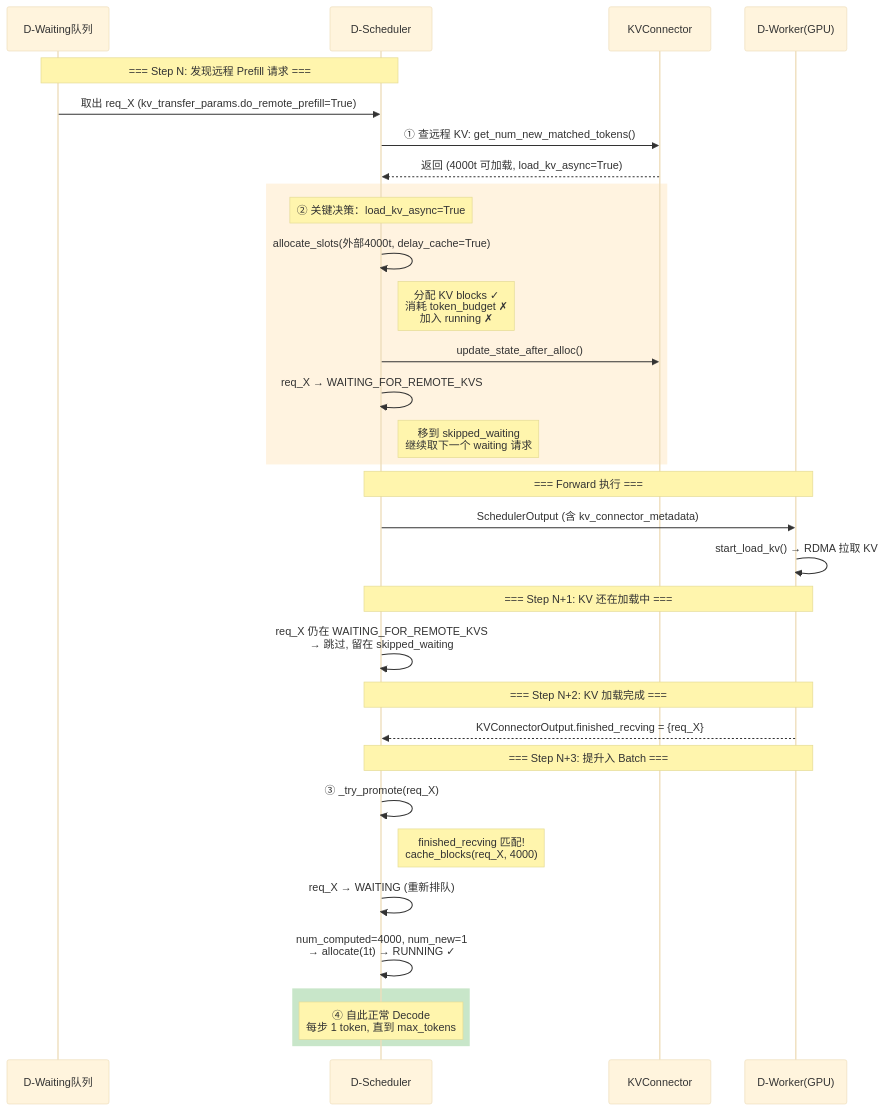
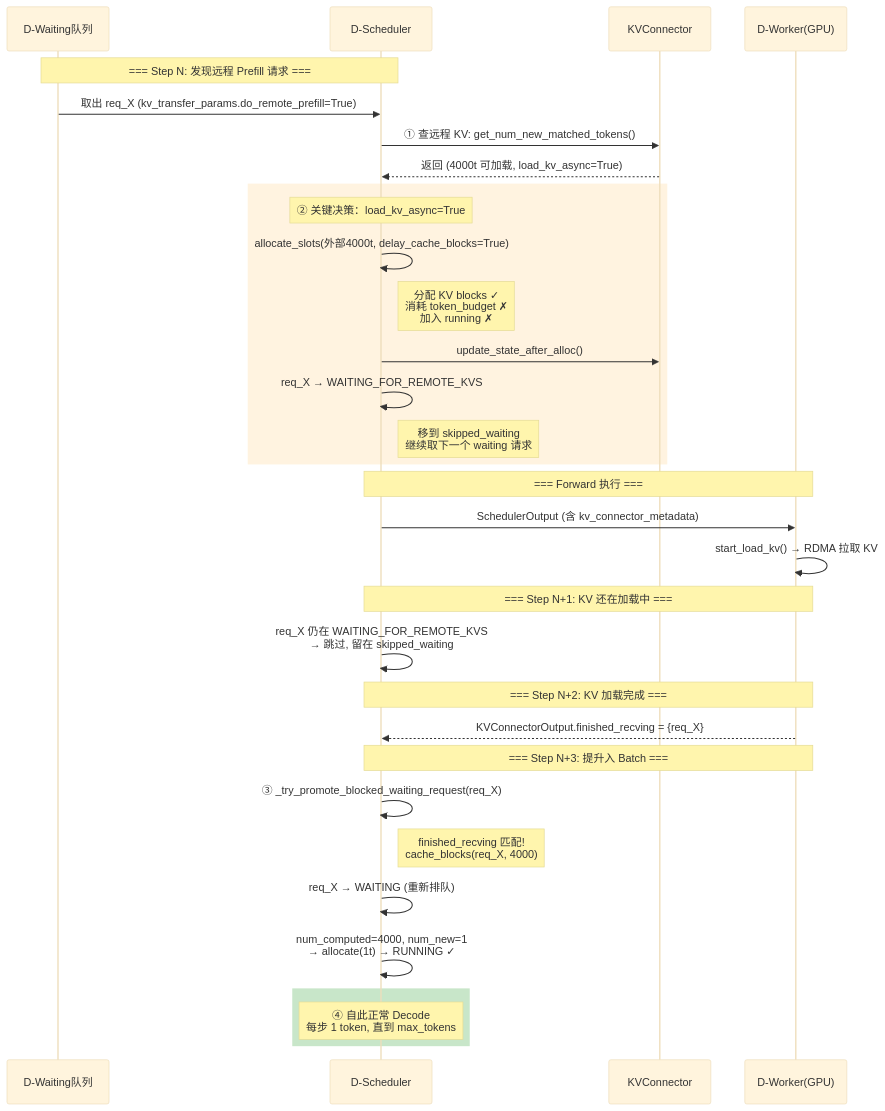
Before and after one commit to keyuanweb/ai-learning-path: the third of 7 diagrams in vllm-learning-path/03-调度与KV缓存/13-PD分离组Batch详解.md, drawn with Mermaid (base theme). The commit also changed 176 other files, not shown here.

First line of the commit message:
docs: 全仓库文档校对修复——错别字/失效链接/Mermaid图/源码引用

````diff
--- a/vllm-learning-path/03-调度与KV缓存/13-PD分离组Batch详解.md
+++ b/vllm-learning-path/03-调度与KV缓存/13-PD分离组Batch详解.md
@@ -89,44 +89,44 @@
 ```mermaid
 sequenceDiagram
     participant Q as D-Waiting队列
     participant S as D-Scheduler
     participant KC as KVConnector
     participant W as D-Worker(GPU)
 
     Note over Q,S: === Step N: 发现远程 Prefill 请求 ===
 
     Q->>S: 取出 req_X (kv_transfer_params.do_remote_prefill=True)
 
     S->>KC: ① 查远程 KV: get_num_new_matched_tokens()
     KC-->>S: 返回 (4000t 可加载, load_kv_async=True)
 
     rect rgb(255, 243, 224)
         Note over S: ② 关键决策：load_kv_async=True
-        S->>S: allocate_slots(外部4000t, delay_cache=True)
+        S->>S: allocate_slots(外部4000t, delay_cache_blocks=True)
         Note right of S: 分配 KV blocks ✓<br/>消耗 token_budget ✗<br/>加入 running ✗
         S->>KC: update_state_after_alloc()
         S->>S: req_X → WAITING_FOR_REMOTE_KVS
         Note right of S: 移到 skipped_waiting<br/>继续取下一个 waiting 请求
     end
 
     Note over S,W: === Forward 执行 ===
 
     S->>W: SchedulerOutput (含 kv_connector_metadata)
     W->>W: start_load_kv() → RDMA 拉取 KV
 
     Note over S,W: === Step N+1: KV 还在加载中 ===
     S->>S: req_X 仍在 WAITING_FOR_REMOTE_KVS<br/>→ 跳过, 留在 skipped_waiting
 
     Note over S,W: === Step N+2: KV 加载完成 ===
     W-->>S: KVConnectorOutput.finished_recving = {req_X}
 
     Note over S,W: === Step N+3: 提升入 Batch ===
-    S->>S: ③ _try_promote(req_X)
+    S->>S: ③ _try_promote_blocked_waiting_request(req_X)
     Note right of S: finished_recving 匹配!<br/>cache_blocks(req_X, 4000)
     S->>S: req_X → WAITING (重新排队)
     S->>S: num_computed=4000, num_new=1<br/>→ allocate(1t) → RUNNING ✓
 
     rect rgb(200, 230, 201)
         Note over S: ④ 自此正常 Decode<br/>每步 1 token, 直到 max_tokens
     end
 ```
````
